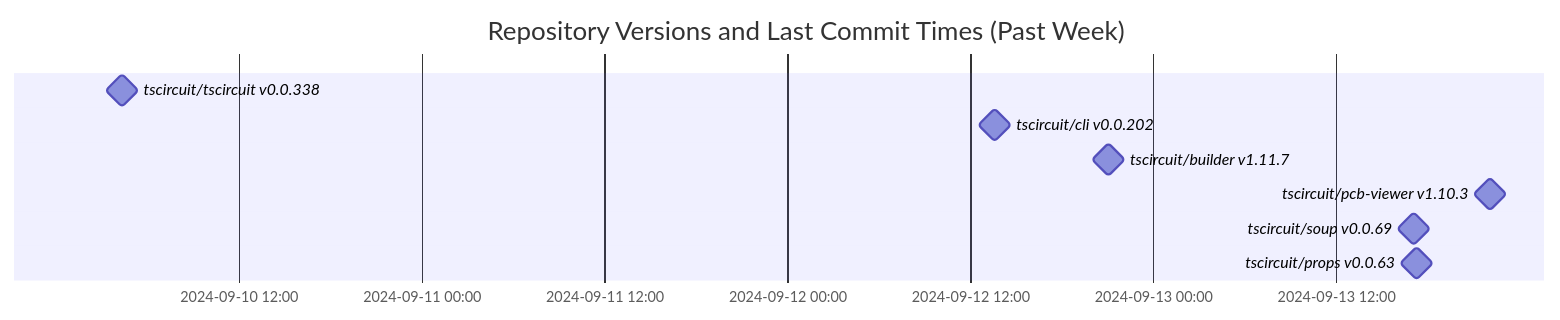
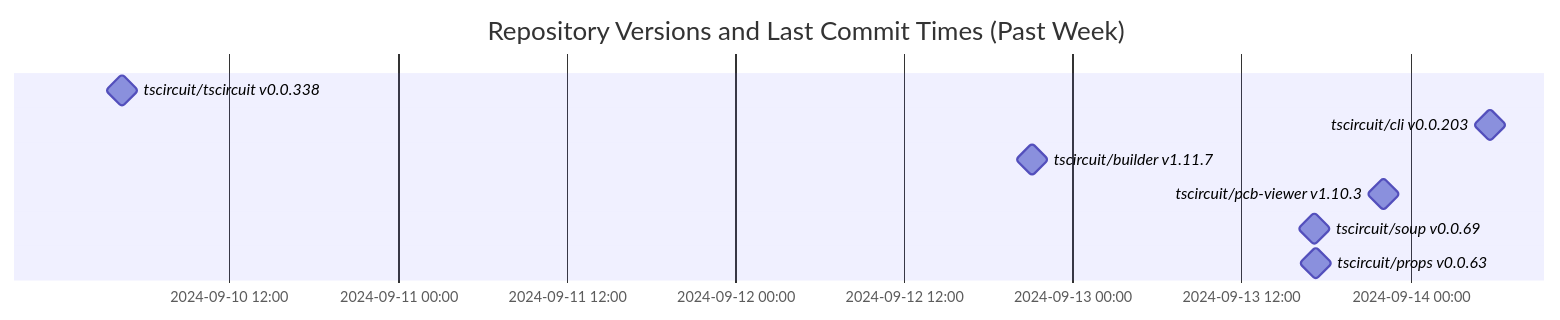
The diagram in README.md (tscircuit/version-tracker), drawn with Mermaid before and after one commit.

Commit message:
Update chart

````diff
--- a/README.md
+++ b/README.md
@@ -1,13 +1,13 @@
 ```mermaid
 gantt
   dateFormat  YYYY-MM-DD HH:mm:ss
   title Repository Versions and Last Commit Times (Past Week)
   axisFormat %Y-%m-%d %H:%M
 
   tscircuit/tscircuit v0.0.338 : milestone, 2024-09-10 04:23:10, 1s
-  tscircuit/cli v0.0.202 : milestone, 2024-09-12 13:37:53, 1s
+  tscircuit/cli v0.0.203 : milestone, 2024-09-14 05:39:51, 1s
   tscircuit/builder v1.11.7 : milestone, 2024-09-12 21:03:51, 1s
   tscircuit/pcb-viewer v1.10.3 : milestone, 2024-09-13 22:06:50, 1s
   tscircuit/soup v0.0.69 : milestone, 2024-09-13 17:08:57, 1s
   tscircuit/props v0.0.63 : milestone, 2024-09-13 17:18:44, 1s
 ```
````
